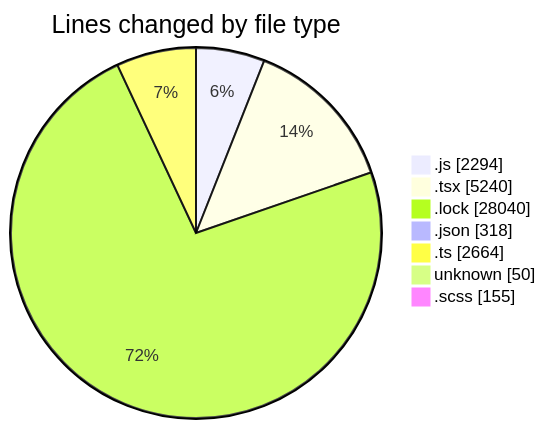
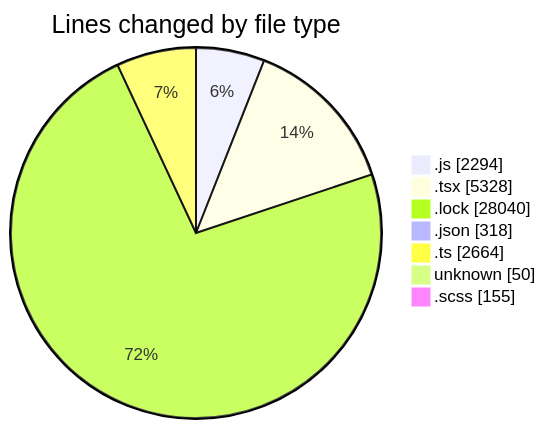
Before and after one commit to momahboobian/code-tracking: the first of 2 diagrams in 2026-06-16/cda/README.md, drawn with Mermaid. The commit also changed other lines of this file and 1 other file, not shown here.

````diff
--- a/2026-06-16/cda/README.md
+++ b/2026-06-16/cda/README.md
@@ -70,11 +70,11 @@
 ```mermaid
 pie showData
 title Lines changed by file type
 ".js" : 2294
-".tsx" : 5240
+".tsx" : 5328
 ".lock" : 28040
 ".json" : 318
 ".ts" : 2664
 "unknown" : 50
 ".scss" : 155
 ```
````
